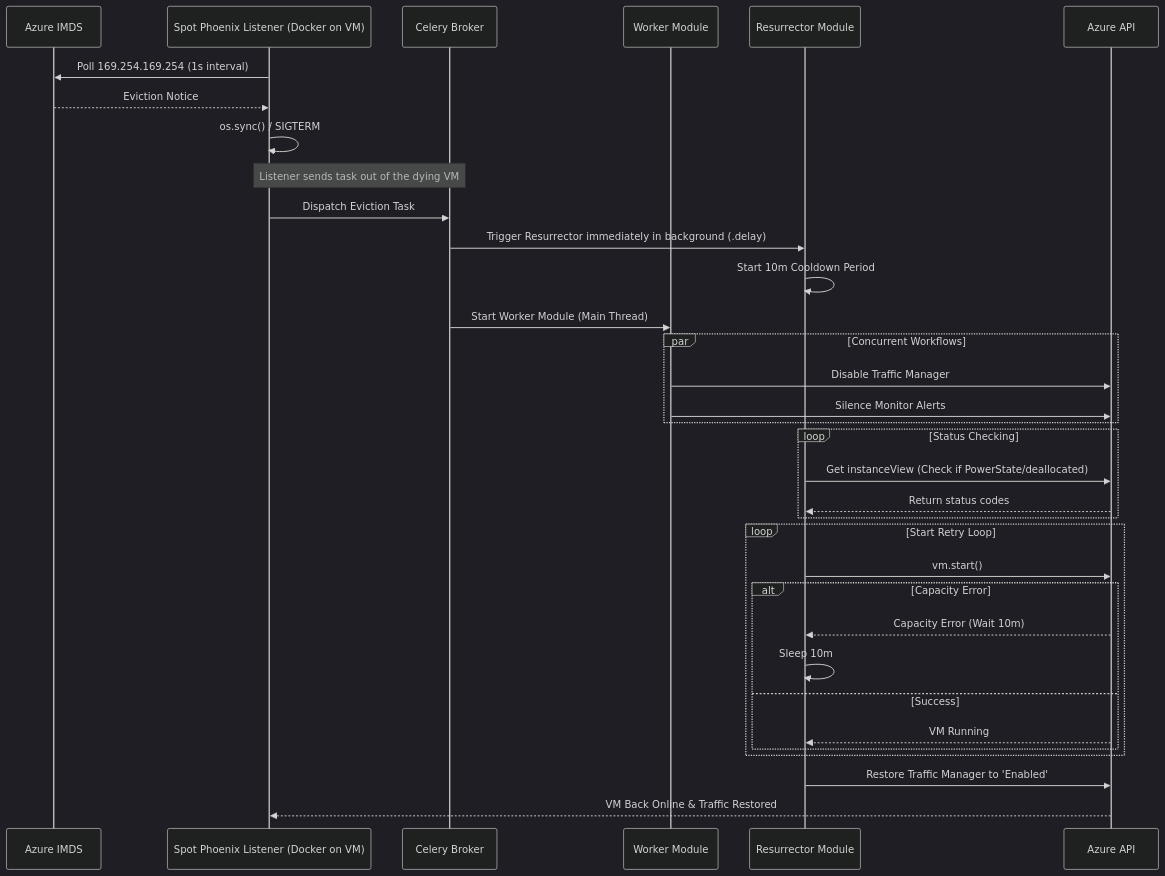
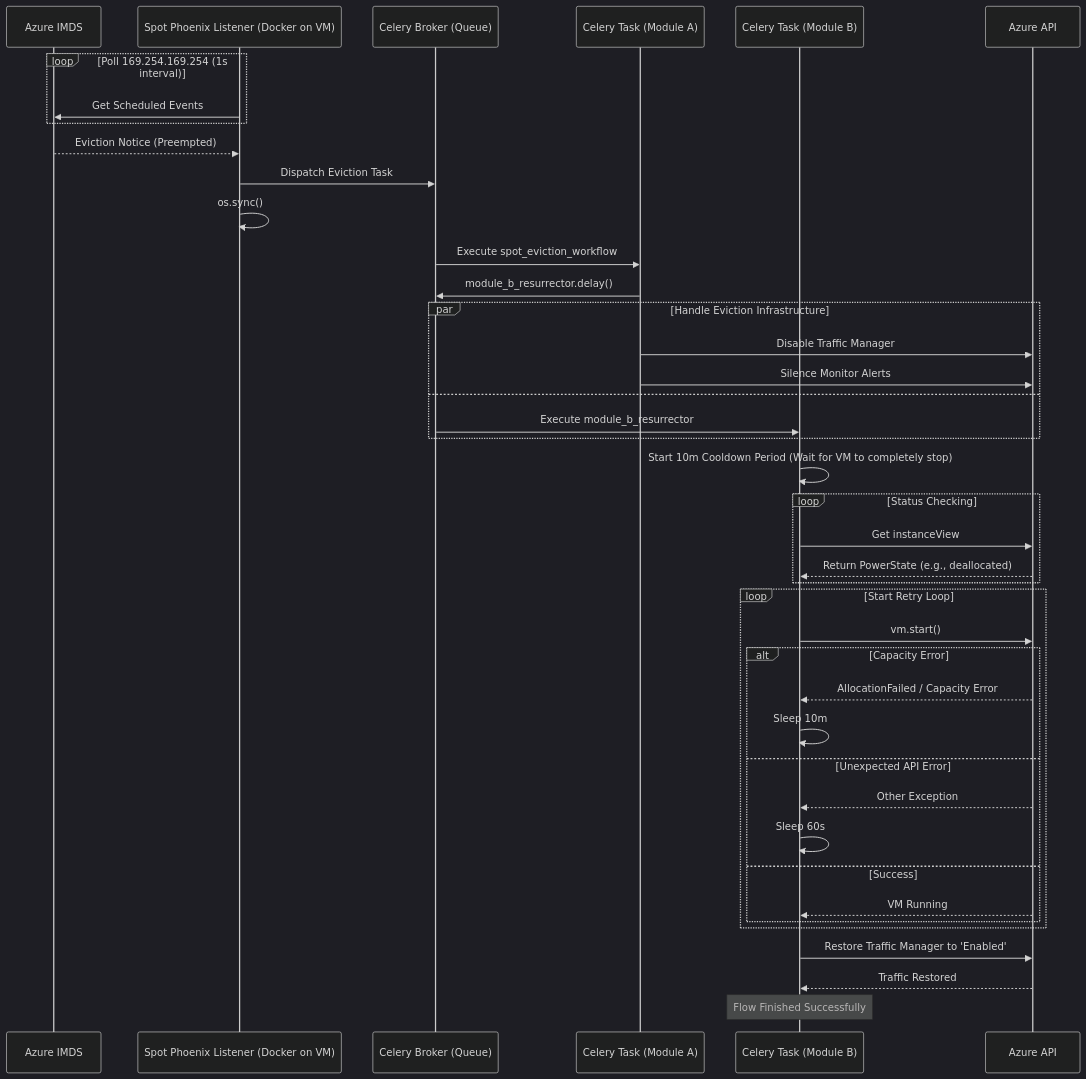
Before and after one commit to Aukse5/SpotPhoenix: the first of 2 diagrams in Documentation.md, drawn with Mermaid (dark theme).

````diff
--- a/Documentation.md
+++ b/Documentation.md
@@ -36,44 +36,56 @@
 ```mermaid
 sequenceDiagram
     participant IMDS as Azure IMDS
     participant L as Spot Phoenix Listener (Docker on VM)
-
-    participant C as Celery Broker
-    participant W as Worker Module
-    participant R as Resurrector Module
-
+    participant C as Celery Broker (Queue)
+    participant W as Celery Task (Module A)
+    participant R as Celery Task (Module B)
     participant AZ as Azure API
 
-    L->>IMDS: Poll 169.254.169.254 (1s interval)
-    IMDS-->>L: Eviction Notice
-    L->>L: os.sync() / SIGTERM
+    loop Poll 169.254.169.254 (1s interval)
+        L->>IMDS: Get Scheduled Events
+    end
+    IMDS-->>L: Eviction Notice (Preempted)
+    
+   
+    L->>C: Dispatch Eviction Task
+    L->>L: os.sync()
 
-    Note over L,C: Listener sends task out of the dying VM
-    L->>C: Dispatch Eviction Task
+    C->>W: Execute spot_eviction_workflow
 
-    C->>R: Trigger Resurrector immediately in background (.delay)
-    R->>R: Start 10m Cooldown Period
+    W->>C: module_b_resurrector.delay()
 
-    C->>W: Start Worker Module (Main Thread)
-    par Concurrent Workflows
+    par Handle Eviction Infrastructure
         W->>AZ: Disable Traffic Manager
         W->>AZ: Silence Monitor Alerts
+    and
+        C->>R: Execute module_b_resurrector
     end
 
+    R->>R: Start 10m Cooldown Period (Wait for VM to completely stop)
+
     loop Status Checking
-        R->>AZ: Get instanceView (Check if PowerState/deallocated)
-        AZ-->>R: Return status codes
+        R->>AZ: Get instanceView
+        AZ-->>R: Return PowerState (e.g., deallocated)
     end
 
     loop Start Retry Loop
-       R->>AZ: vm.start()
-       alt Capacity Error
-          AZ-->>R: Capacity Error (Wait 10m)
-          R->>R: Sleep 10m
-       else Success
-         AZ-->>R: VM Running
-       end
+    R->>AZ: vm.start()
+
+    alt Capacity Error
+        AZ-->>R: AllocationFailed / Capacity Error
+        R->>R: Sleep 10m
+
+    else Unexpected API Error
+        AZ-->>R: Other Exception
+        R->>R: Sleep 60s
+
+    else Success
+        AZ-->>R: VM Running
     end
+    end
+
     R->>AZ: Restore Traffic Manager to 'Enabled'
-    AZ-->>L: VM Back Online & Traffic Restored
+    AZ-->>R: Traffic Restored 
+    Note over R: Flow Finished Successfully
 ```
````
